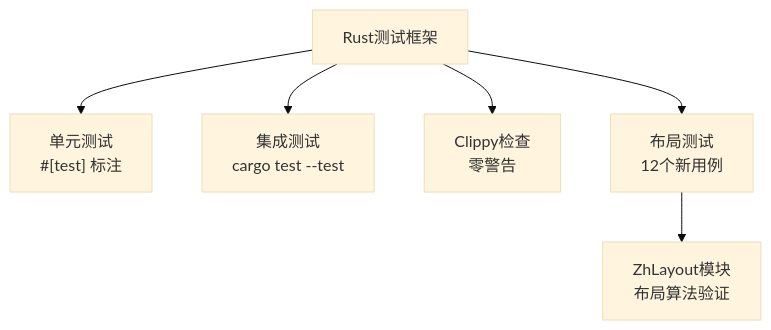
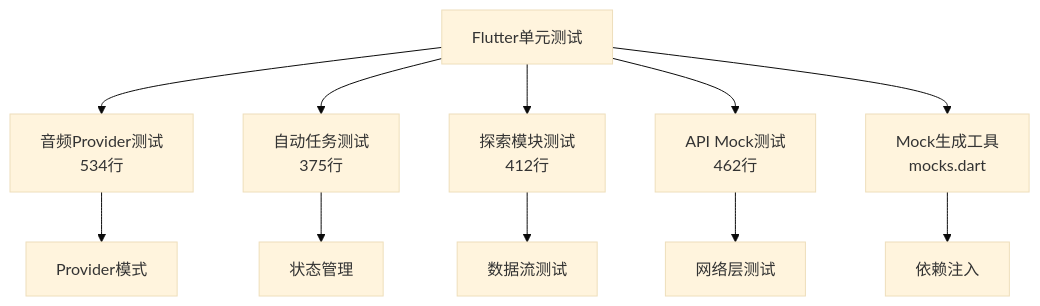
Before and after one commit to ZhangGHGitHub/LegadoTeamFlutter: the third of 8 diagrams in .qoder/repowiki/zh/content/开发指南/测试策略/测试策略.md, drawn with Mermaid (base theme). The commit also changed other lines of this file and 173 other files, not shown here.

````diff
--- a/.qoder/repowiki/zh/content/开发指南/测试策略/测试策略.md
+++ b/.qoder/repowiki/zh/content/开发指南/测试策略/测试策略.md
@@ -250,8 +259,13 @@
 ```mermaid
 graph TB
-RUST_FRAMEWORK["Rust测试框架"] --> UNIT_TESTS["单元测试<br/>#[test] 标注"]
-RUST_FRAMEWORK --> INTEGRATION_TESTS["集成测试<br/>cargo test --test"]
-RUST_FRAMEWORK --> CLIPPY_CHECK["Clippy检查<br/>零警告"]
-RUST_FRAMEWORK --> LAYOUT_TESTS["布局测试<br/>12个新用例"]
-LAYOUT_TESTS --> ZH_LAYOUT["ZhLayout模块<br/>布局算法验证"]
+FLUTTER_UNIT["Flutter单元测试"] --> AUDIO_TEST["音频Provider测试<br/>534行"]
+FLUTTER_UNIT --> TASK_TEST["自动任务测试<br/>375行"]
+FLUTTER_UNIT --> EXPLORE_TEST["探索模块测试<br/>412行"]
+FLUTTER_UNIT --> API_TEST["API Mock测试<br/>462行"]
+FLUTTER_UNIT --> MOCKS["Mock生成工具<br/>mocks.dart"]
+AUDIO_TEST --> PROVIDER_PATTERN["Provider模式"]
+TASK_TEST --> STATE_MANAGEMENT["状态管理"]
+EXPLORE_TEST --> DATA_FLOW["数据流测试"]
+API_TEST --> NETWORK_LAYER["网络层测试"]
+MOCKS --> DEPENDENCY_INJECTION["依赖注入"]
 ```
````
